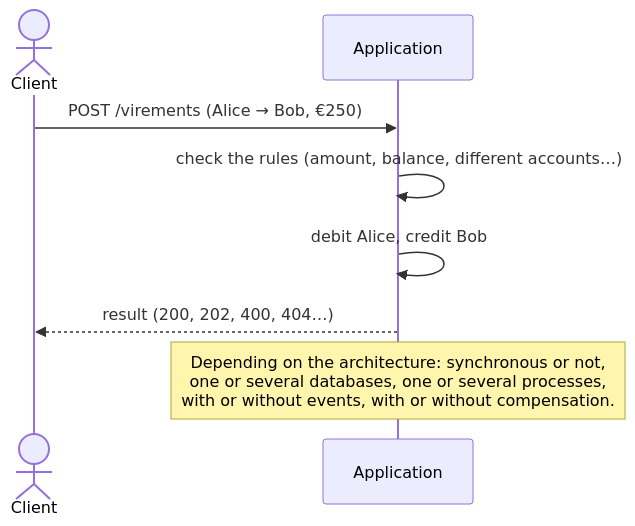
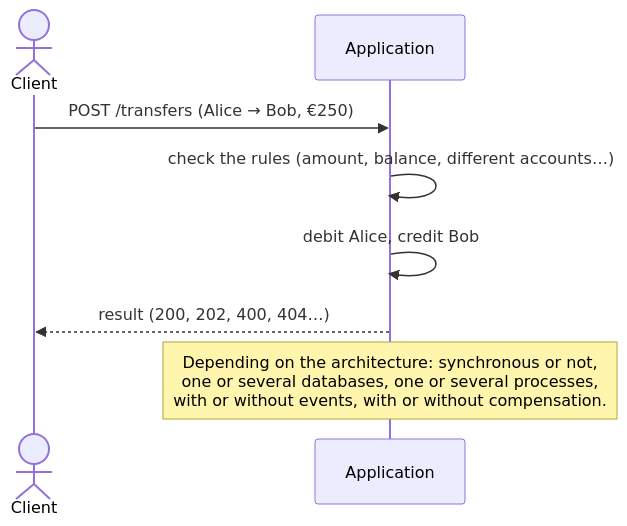
The fourth of 4 diagrams in Docs/en/README.md (drangoht/ArchitecturesDemo), drawn with Mermaid before and after one commit. The commit also changed other lines of this file and 78 other files, not shown here.

First line of the commit message:
Docs EN : identifiants, liens, diagrammes et sorties alignés sur le code anglais

````diff
--- a/Docs/en/README.md
+++ b/Docs/en/README.md
@@ -241,10 +241,10 @@
 ```mermaid
 sequenceDiagram
     actor Client
     participant Systeme as Application
-    Client->>Systeme: POST /virements (Alice → Bob, €250)
+    Client->>Systeme: POST /transfers (Alice → Bob, €250)
     Systeme->>Systeme: check the rules (amount, balance, different accounts…)
     Systeme->>Systeme: debit Alice, credit Bob
     Systeme-->>Client: result (200, 202, 400, 404…)
     Note over Systeme: Depending on the architecture: synchronous or not,<br/>one or several databases, one or several processes,<br/>with or without events, with or without compensation.
 ```
````
